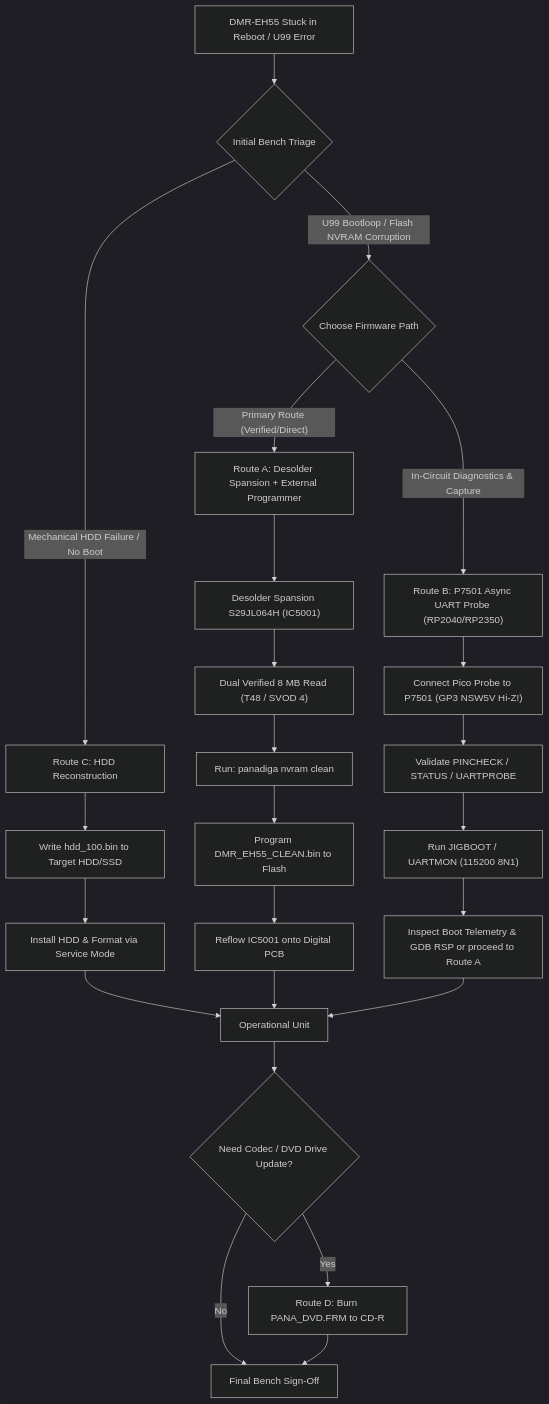
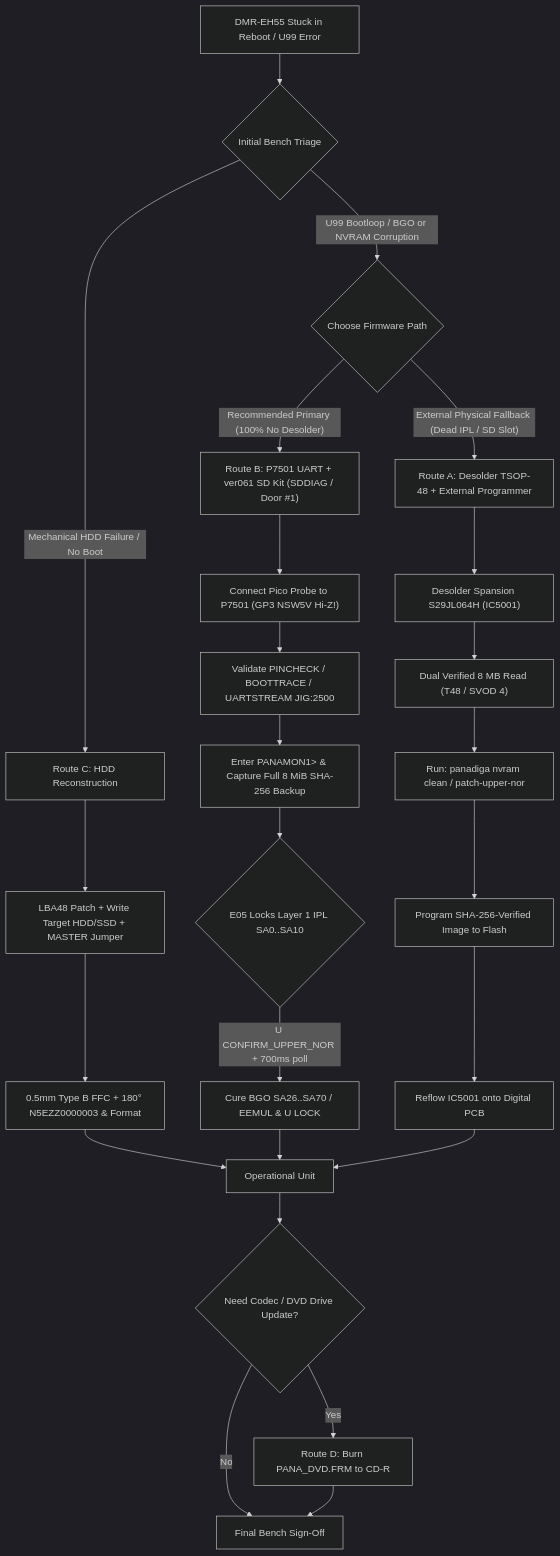
One commit to orgchrono/Panadiga changed the diagram in docs/en-US/TECHNICAL_INVENTORY_AND_OPERATIONS_MANUAL.md. Above: the diagram before and after it, drawn with Mermaid (dark theme). The commit also changed other lines of this file and 46 other files, not shown here.

````diff
--- a/docs/en-US/TECHNICAL_INVENTORY_AND_OPERATIONS_MANUAL.md
+++ b/docs/en-US/TECHNICAL_INVENTORY_AND_OPERATIONS_MANUAL.md
@@ -158,32 +158,33 @@
 ```mermaid
 flowchart TD
     A["DMR-EH55 Stuck in Reboot / U99 Error"] --> B{"Initial Bench Triage"}
     
     B -->|"Mechanical HDD Failure / No Boot"| C["Route C: HDD Reconstruction"]
-    B -->|"U99 Bootloop / Flash NVRAM Corruption"| D{"Choose Firmware Path"}
+    B -->|"U99 Bootloop / BGO or NVRAM Corruption"| D{"Choose Firmware Path"}
     
-    D -->|"Primary Route (Verified/Direct)"| E["Route A: Desolder Spansion + External Programmer"]
-    D -->|"In-Circuit Diagnostics & Capture"| F["Route B: P7501 Async UART Probe (RP2040/RP2350)"]
+    D -->|"Recommended Primary (100% No Desolder)"| F["Route B: P7501 UART + ver061 SD Kit (SDDIAG / Door #1)"]
+    D -->|"External Physical Fallback (Dead IPL / SD Slot)"| E["Route A: Desolder TSOP-48 + External Programmer"]
     
-    C --> C1["Write hdd_100.bin to Target HDD/SSD"]
-    C1 --> C2["Install HDD & Format via Service Mode"]
+    C --> C1["LBA48 Patch + Write Target HDD/SSD + MASTER Jumper"]
+    C1 --> C2["0.5mm Type B FFC + 180° N5EZZ0000003 & Format"]
     C2 --> Z["Operational Unit"]
+    
+    F --> F1["Connect Pico Probe to P7501 (GP3 NSW5V Hi-Z!)"]
+    F1 --> F2["Validate PINCHECK / BOOTTRACE / UARTSTREAM JIG:2500"]
+    F2 --> F3["Enter PANAMON1> & Capture Full 8 MiB SHA-256 Backup"]
+    F3 --> F4{"E05 Locks Layer 1 IPL SA0..SA10"}
+    F4 -->|"U CONFIRM_UPPER_NOR + 700ms poll"| F5["Cure BGO SA26..SA70 / EEMUL & U LOCK"]
+    F5 --> Z
     
     E --> E1["Desolder Spansion S29JL064H (IC5001)"]
     E1 --> E2["Dual Verified 8 MB Read (T48 / SVOD 4)"]
-    E2 --> E3["Run: panadiga nvram clean"]
-    E3 --> E4["Program DMR_EH55_CLEAN.bin to Flash"]
+    E2 --> E3["Run: panadiga nvram clean / patch-upper-nor"]
+    E3 --> E4["Program SHA-256-Verified Image to Flash"]
     E4 --> E5["Reflow IC5001 onto Digital PCB"]
     E5 --> Z
-    
-    F --> F1["Connect Pico Probe to P7501 (GP3 NSW5V Hi-Z!)"]
-    F1 --> F2["Validate PINCHECK / STATUS / UARTPROBE"]
-    F2 --> F3["Run JIGBOOT / UARTMON (115200 8N1)"]
-    F3 --> F4["Inspect Boot Telemetry & GDB RSP or proceed to Route A"]
-    F4 --> Z
     
     Z --> G{"Need Codec / DVD Drive Update?"}
     G -->|"Yes"| H["Route D: Burn PANA_DVD.FRM to CD-R"]
     G -->|"No"| I["Final Bench Sign-Off"]
     H --> I
 ```
````
